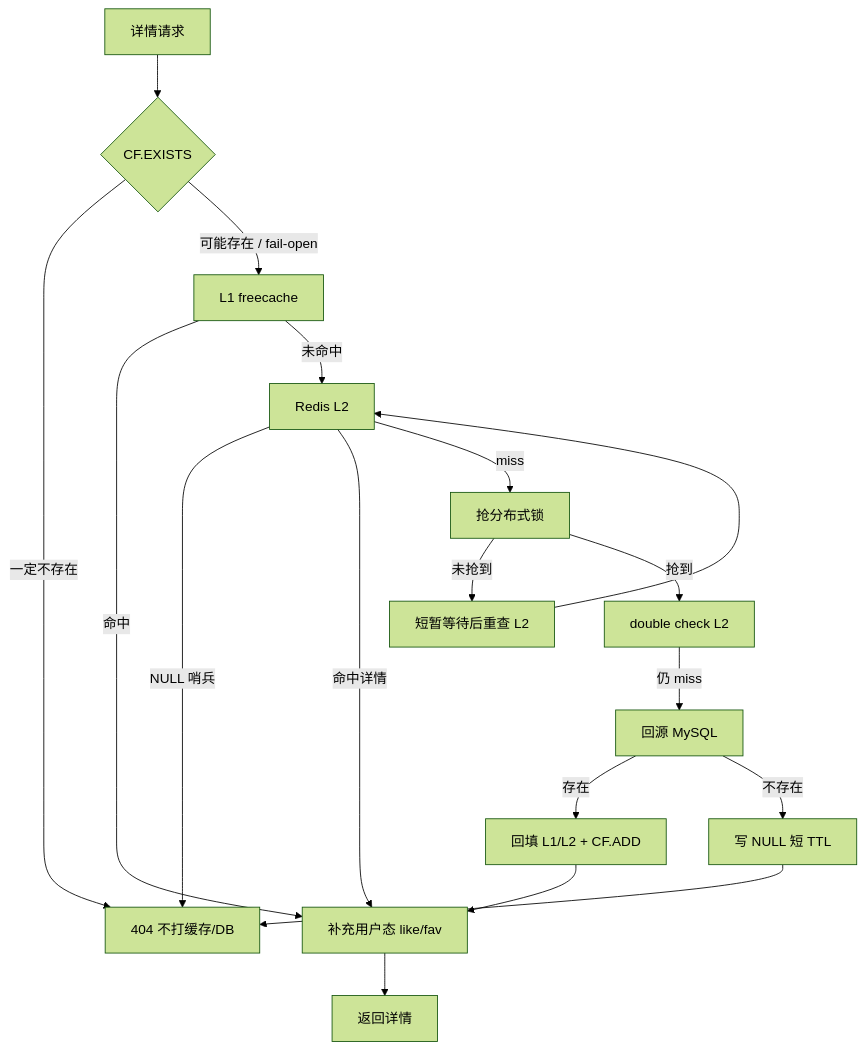
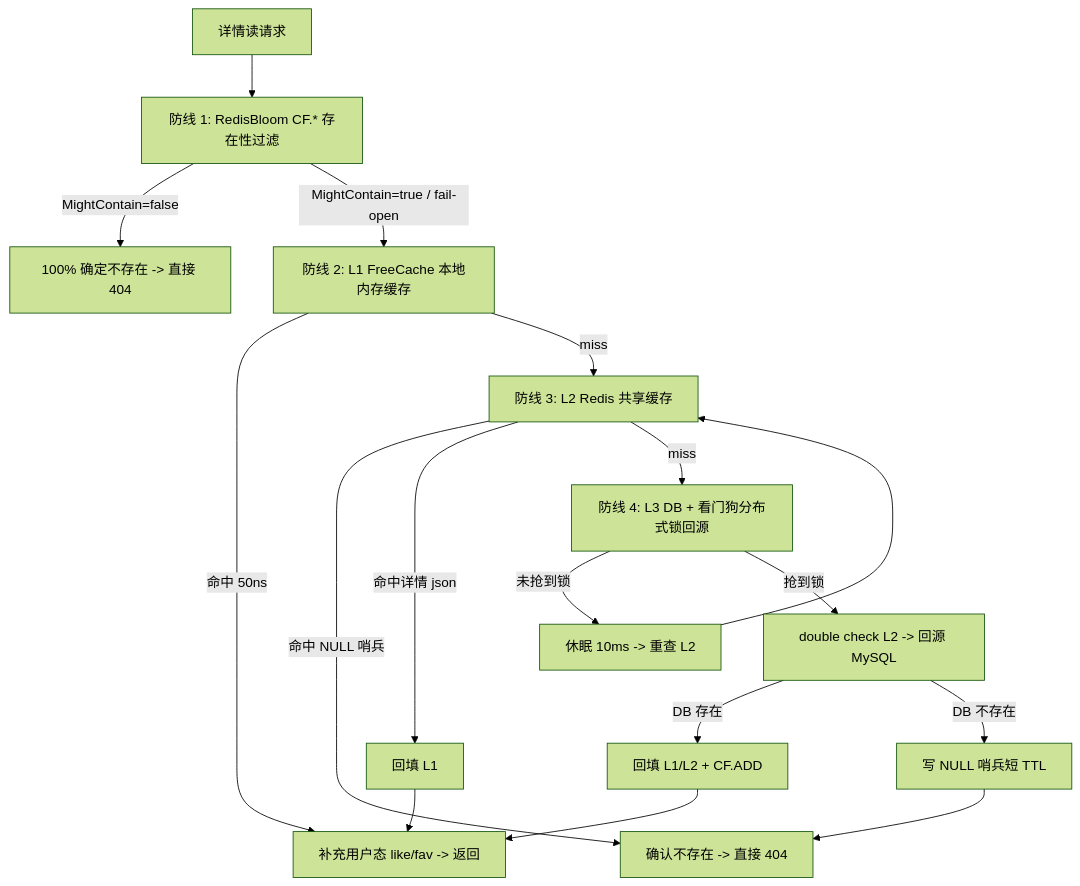
One commit to bitladykiller/zhiguang_go changed the second of 16 diagrams in docs/modules/04-知文内容缓存与Feed模块.md. Above: the diagram before and after it, drawn with Mermaid (forest theme). The commit also changed other lines of this file and 11 other files, not shown here.

Commit message:
docs: 架构文档增强与纵向流程图

````diff
--- a/docs/modules/04-知文内容缓存与Feed模块.md
+++ b/docs/modules/04-知文内容缓存与Feed模块.md
@@ -106,20 +128,15 @@
 ```mermaid
 flowchart TD
-    A[详情请求] --> B{CF.EXISTS}
-    B -->|一定不存在| Z[404 不打缓存/DB]
-    B -->|可能存在 / fail-open| C[L1 freecache]
-    C -->|命中| U[补充用户态 like/fav]
-    C -->|未命中| D[Redis L2]
-    D -->|NULL 哨兵| Z
-    D -->|命中详情| U
-    D -->|miss| E[抢分布式锁]
-    E -->|未抢到| F[短暂等待后重查 L2]
-    F --> D
-    E -->|抢到| G[double check L2]
-    G -->|仍 miss| H[回源 MySQL]
-    H -->|存在| I[回填 L1/L2 + CF.ADD]
-    H -->|不存在| J[写 NULL 短 TTL]
-    I --> U
-    J --> Z
-    U --> R[返回详情]
+    A[详情读请求] --> B[防线 1: RedisBloom CF.* 存在性过滤]
+    B -->|MightContain=false| Z1[100% 确定不存在 -> 直接 404]
+    B -->|MightContain=true / fail-open| C[防线 2: L1 FreeCache 本地内存缓存]
+    C -->|命中 50ns| U[补充用户态 like/fav -> 返回]
+    C -->|miss| D[防线 3: L2 Redis 共享缓存]
+    D -->|命中 NULL 哨兵| Z2[确认不存在 -> 直接 404]
+    D -->|命中详情 json| C2[回填 L1] --> U
+    D -->|miss| E[防线 4: L3 DB + 看门狗分布式锁回源]
+    E -->|未抢到锁| F[休眠 10ms -> 重查 L2] --> D
+    E -->|抢到锁| G[double check L2 -> 回源 MySQL]
+    G -->|DB 存在| H[回填 L1/L2 + CF.ADD] --> U
+    G -->|DB 不存在| I[写 NULL 哨兵短 TTL] --> Z2
 ```
````
